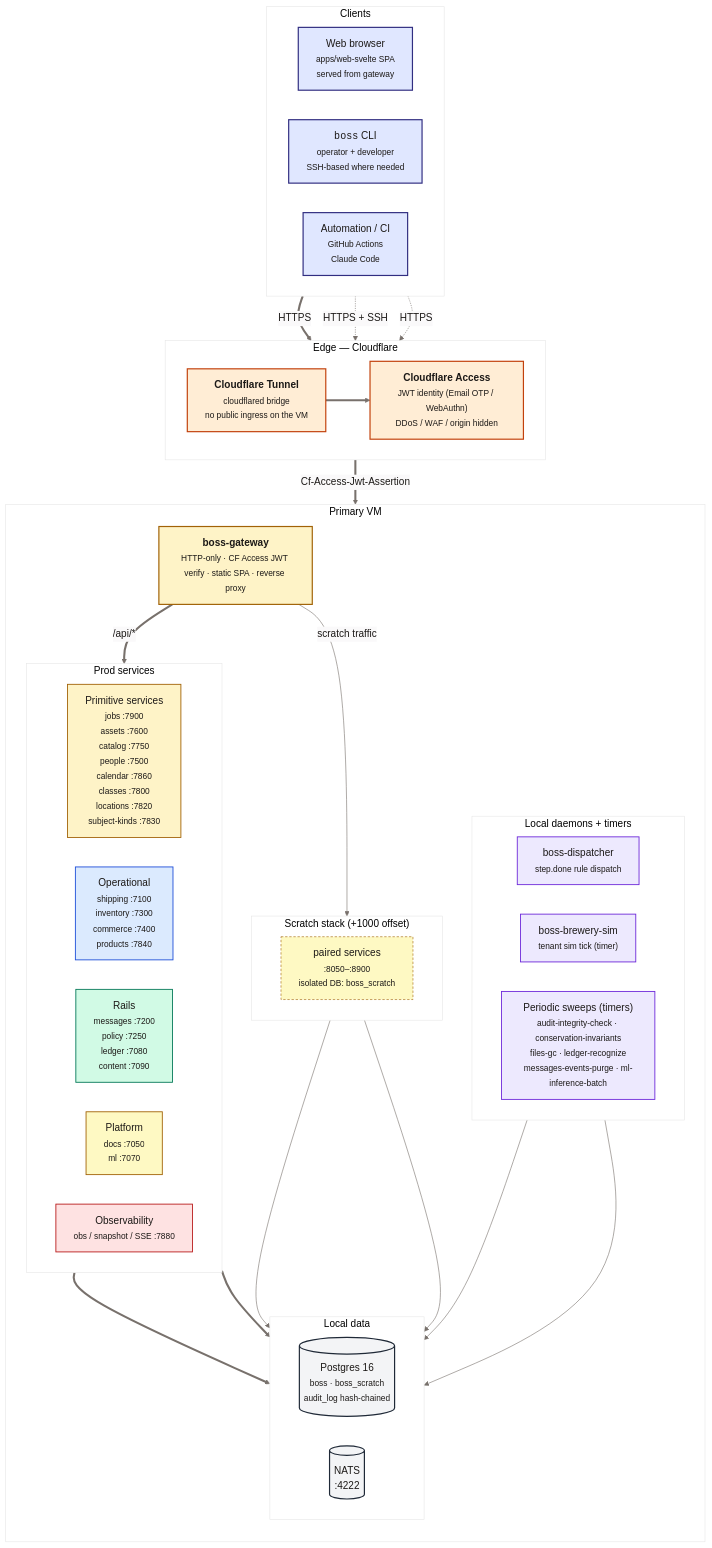
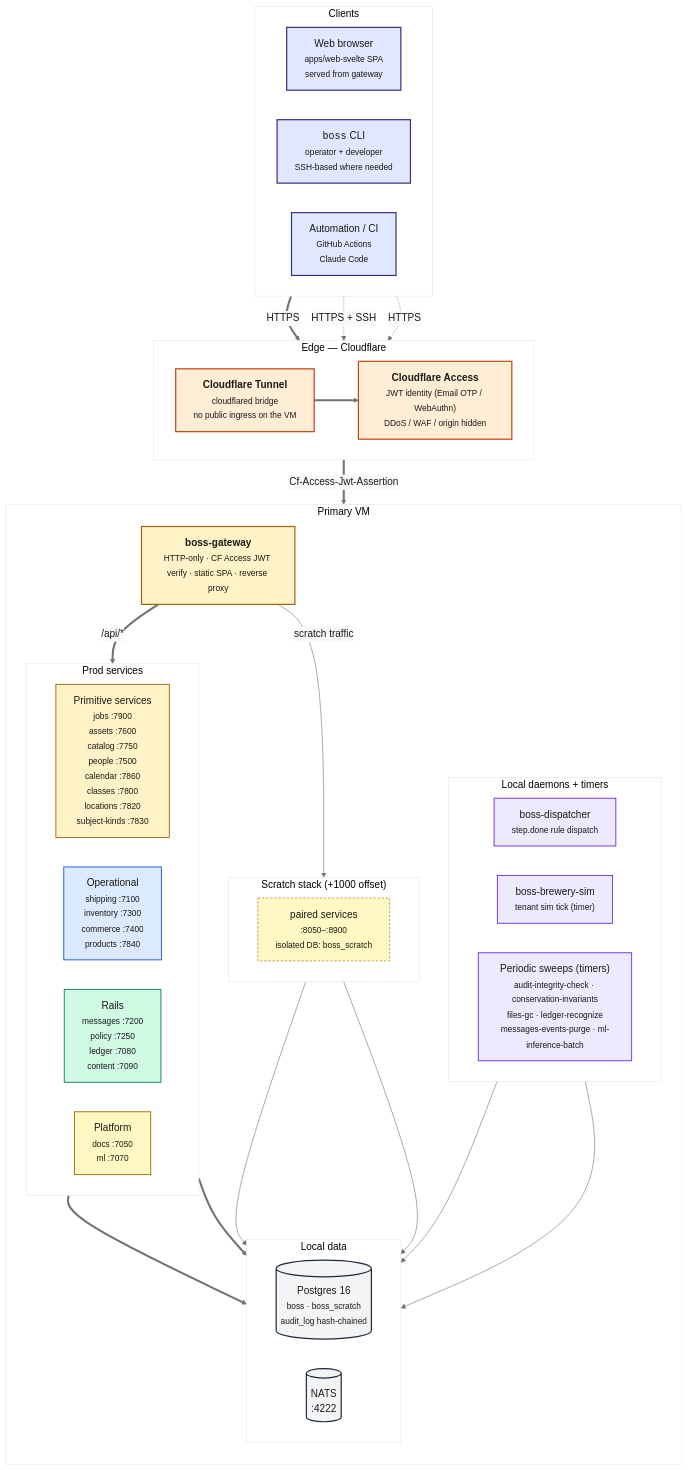
The diagram in docs/architecture/03-deployment.mmd (dauld/boss-mirror), drawn with Mermaid before and after one commit. The commit also changed 50 other files, not shown here.

```diff
--- a/docs/architecture/03-deployment.mmd
+++ b/docs/architecture/03-deployment.mmd
@@ -1,89 +1,86 @@
 %%{init: {'theme':'base', 'themeVariables': { 'primaryColor':'#fafaf9', 'primaryBorderColor':'#57534e', 'primaryTextColor':'#1c1917', 'lineColor':'#78716c', 'fontFamily':'ui-sans-serif, system-ui, sans-serif', 'fontSize':'17px'}}}%%
 flowchart TB
 
     subgraph Clients ["Clients"]
         direction LR
         WEB["Web browser<br/><small>apps/web-svelte SPA<br/>served from gateway</small>"]
         CLI["<code>boss</code> CLI<br/><small>operator + developer<br/>SSH-based where needed</small>"]
         AUTO["Automation / CI<br/><small>GitHub Actions<br/>Claude Code</small>"]
     end
 
     subgraph Edge ["Edge &mdash; Cloudflare"]
         direction LR
         CFA["<b>Cloudflare Access</b><br/><small>JWT identity (Email OTP / WebAuthn)<br/>DDoS / WAF / origin hidden</small>"]
         CFT["<b>Cloudflare Tunnel</b><br/><small>cloudflared bridge<br/>no public ingress on the VM</small>"]
     end
 
     subgraph Manager ["Primary VM"]
         direction TB
         GATEWAY["<b>boss-gateway</b><br/><small>HTTP-only &middot; CF Access JWT verify &middot; static SPA &middot; reverse proxy</small>"]
 
         subgraph ProdStack ["Prod services"]
             direction LR
             P_PRIM["Primitive services<br/><small>jobs :7900<br/>assets :7600<br/>catalog :7750<br/>people :7500<br/>calendar :7860<br/>classes :7800<br/>locations :7820<br/>subject-kinds :7830</small>"]
             P_OPS["Operational<br/><small>shipping :7100<br/>inventory :7300<br/>commerce :7400<br/>products :7840</small>"]
             P_RAIL["Rails<br/><small>messages :7200<br/>policy :7250<br/>ledger :7080<br/>content :7090</small>"]
             P_PLAT["Platform<br/><small>docs :7050<br/>ml :7070</small>"]
-            P_OBS["Observability<br/><small>obs / snapshot / SSE :7880</small>"]
         end
 
         subgraph ScratchStack ["Scratch stack (+1000 offset)"]
             direction LR
             SCR["paired services<br/><small>:8050&ndash;:8900<br/>isolated DB: boss_scratch</small>"]
         end
 
         subgraph Daemons ["Local daemons + timers"]
             direction LR
             D2["boss-dispatcher<br/><small>step.done rule dispatch</small>"]
             D3["boss-brewery-sim<br/><small>tenant sim tick (timer)</small>"]
             D4["Periodic sweeps (timers)<br/><small>audit-integrity-check &middot; conservation-invariants<br/>files-gc &middot; ledger-recognize<br/>messages-events-purge &middot; ml-inference-batch</small>"]
         end
 
         subgraph DataLocal ["Local data"]
             direction LR
             PG[("Postgres 16<br/><small>boss &middot; boss_scratch<br/>audit_log hash-chained</small>")]
             NATS_N[("NATS<br/>:4222")]
         end
     end
 
     %% Client traffic
     WEB ==>|"HTTPS"| CFT
     CLI -.->|"HTTPS + SSH"| CFT
     AUTO -.->|"HTTPS"| CFT
     CFT ==> CFA
     CFA ==>|"Cf-Access-Jwt-Assertion"| GATEWAY
 
     %% Gateway routing
     GATEWAY ==>|"/api/*"| ProdStack
     GATEWAY -->|"scratch traffic"| ScratchStack
 
     %% Service deps
     ProdStack ==> PG
     ProdStack ==> NATS_N
     ScratchStack --> PG
     ScratchStack --> NATS_N
     Daemons --> NATS_N
     Daemons --> PG
 
     classDef client fill:#e0e7ff,stroke:#312e81,stroke-width:2px
     classDef edge fill:#ffedd5,stroke:#c2410c,stroke-width:2px
     classDef gw fill:#fef3c7,stroke:#a16207,stroke-width:2px
     classDef prim fill:#fef3c7,stroke:#a16207,stroke-width:1.5px
     classDef ops fill:#dbeafe,stroke:#1d4ed8,stroke-width:1.5px
     classDef rail fill:#d1fae5,stroke:#047857,stroke-width:1.5px
     classDef platform fill:#fef9c3,stroke:#a16207,stroke-width:1.5px
-    classDef obsbox fill:#fee2e2,stroke:#b91c1c,stroke-width:1.5px
     classDef scratch fill:#fef9c3,stroke:#a16207,stroke-width:1px,stroke-dasharray:4 3
     classDef daemon fill:#ede9fe,stroke:#6d28d9,stroke-width:1.5px
     classDef store fill:#f3f4f6,stroke:#1f2937,stroke-width:2px
     class WEB,CLI,AUTO client
     class CFA,CFT edge
     class GATEWAY gw
     class P_PRIM prim
     class P_OPS ops
     class P_RAIL rail
     class P_PLAT platform
-    class P_OBS obsbox
     class SCR scratch
     class D2,D3,D4 daemon
     class PG,NATS_N store
```
